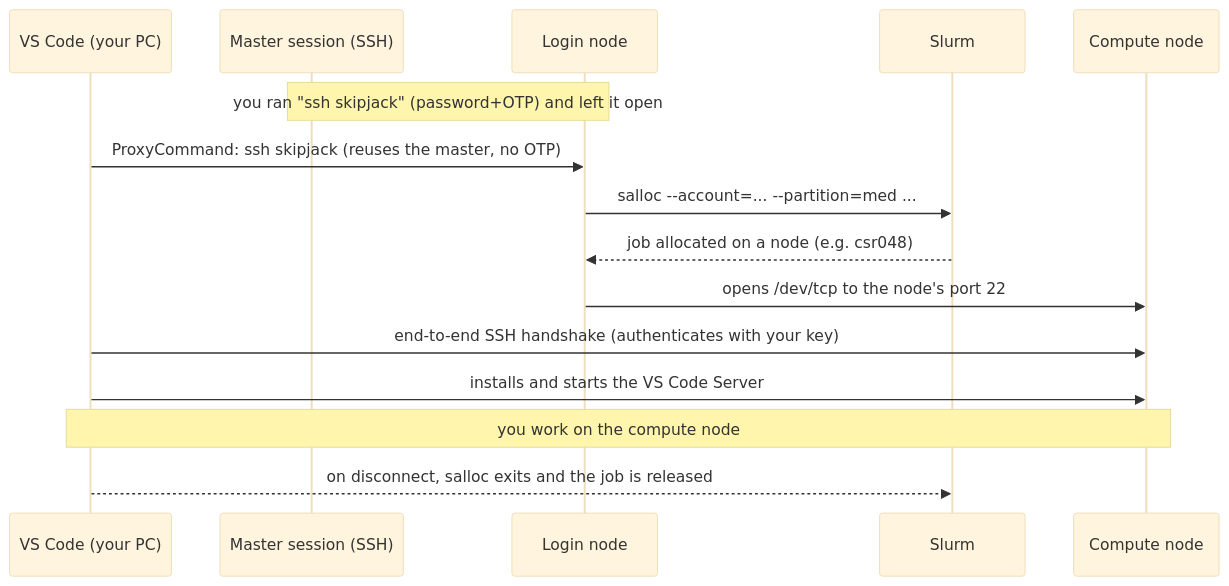
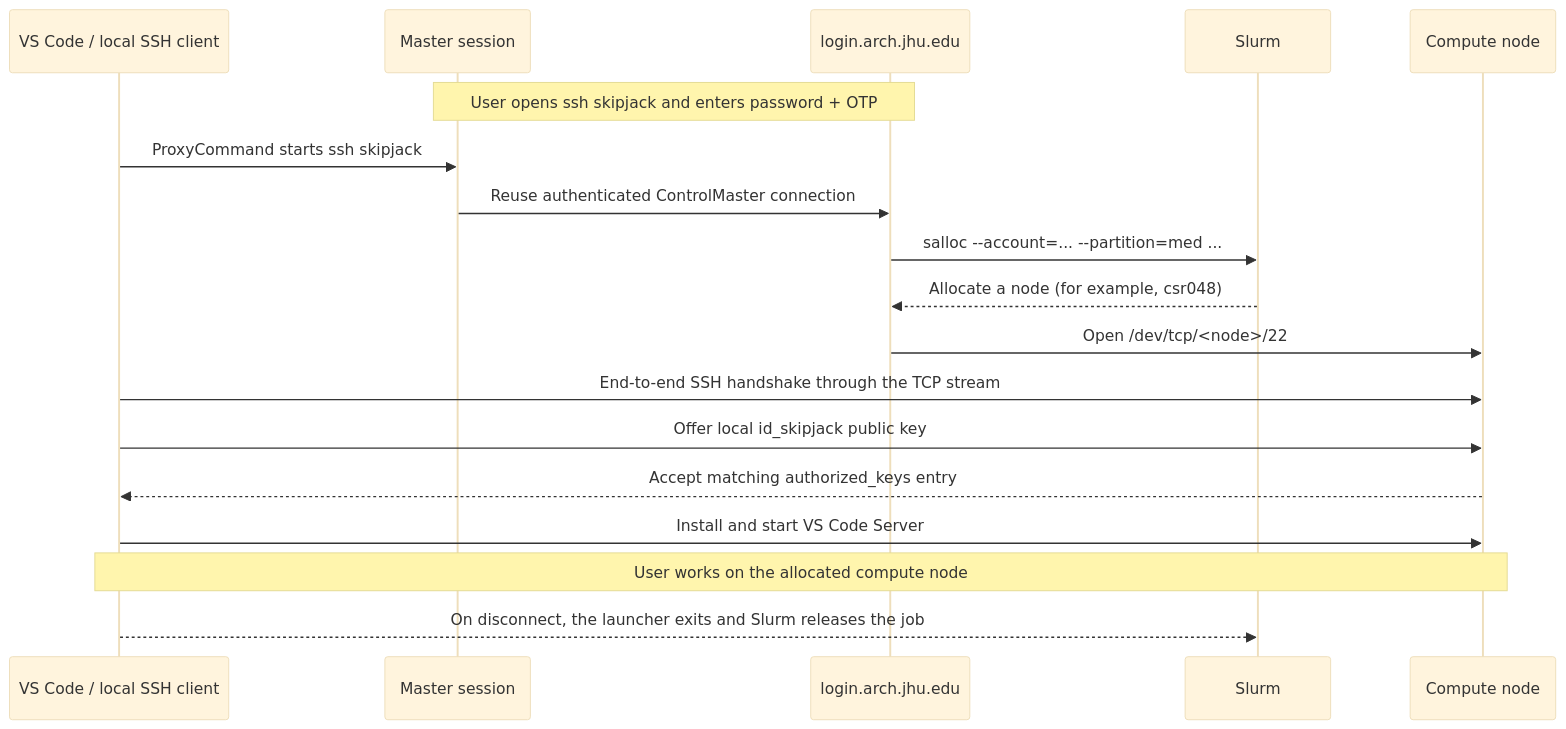
The second of 2 diagrams in 1_Clusters/Skipjack/vscode.rst (jhu-arch/arch-docs), drawn with Mermaid (base theme) before and after one commit. The commit also changed other lines of this file, not shown here.

```diff
--- a/1_Clusters/Skipjack/vscode.rst
+++ b/1_Clusters/Skipjack/vscode.rst
@@ -497,18 +519,21 @@
 .. mermaid::
 
    sequenceDiagram
-       participant VS as VS Code (your PC)
-       participant M as Master session (SSH)
-       participant L as Login node
+       participant VS as VS Code / local SSH client
+       participant M as Master session
+       participant L as login.arch.jhu.edu
        participant S as Slurm
        participant C as Compute node
 
-       Note over M,L: you ran "ssh skipjack" (password+OTP) and left it open
-       VS->>L: ProxyCommand: ssh skipjack (reuses the master, no OTP)
+       Note over M,L: User opens ssh skipjack and enters password + OTP
+       VS->>M: ProxyCommand starts ssh skipjack
+       M->>L: Reuse authenticated ControlMaster connection
        L->>S: salloc --account=... --partition=med ...
-       S-->>L: job allocated on a node (e.g. csr048)
-       L->>C: opens /dev/tcp to the node's port 22
-       VS->>C: end-to-end SSH handshake (authenticates with your key)
-       VS->>C: installs and starts the VS Code Server
-       Note over VS,C: you work on the compute node
-       VS-->>S: on disconnect, salloc exits and the job is released
+       S-->>L: Allocate a node (for example, csr048)
+       L->>C: Open /dev/tcp/<node>/22
+       VS->>C: End-to-end SSH handshake through the TCP stream
+       VS->>C: Offer local id_skipjack public key
+       C-->>VS: Accept matching authorized_keys entry
+       VS->>C: Install and start VS Code Server
+       Note over VS,C: User works on the allocated compute node
+       VS-->>S: On disconnect, the launcher exits and Slurm releases the job
```
